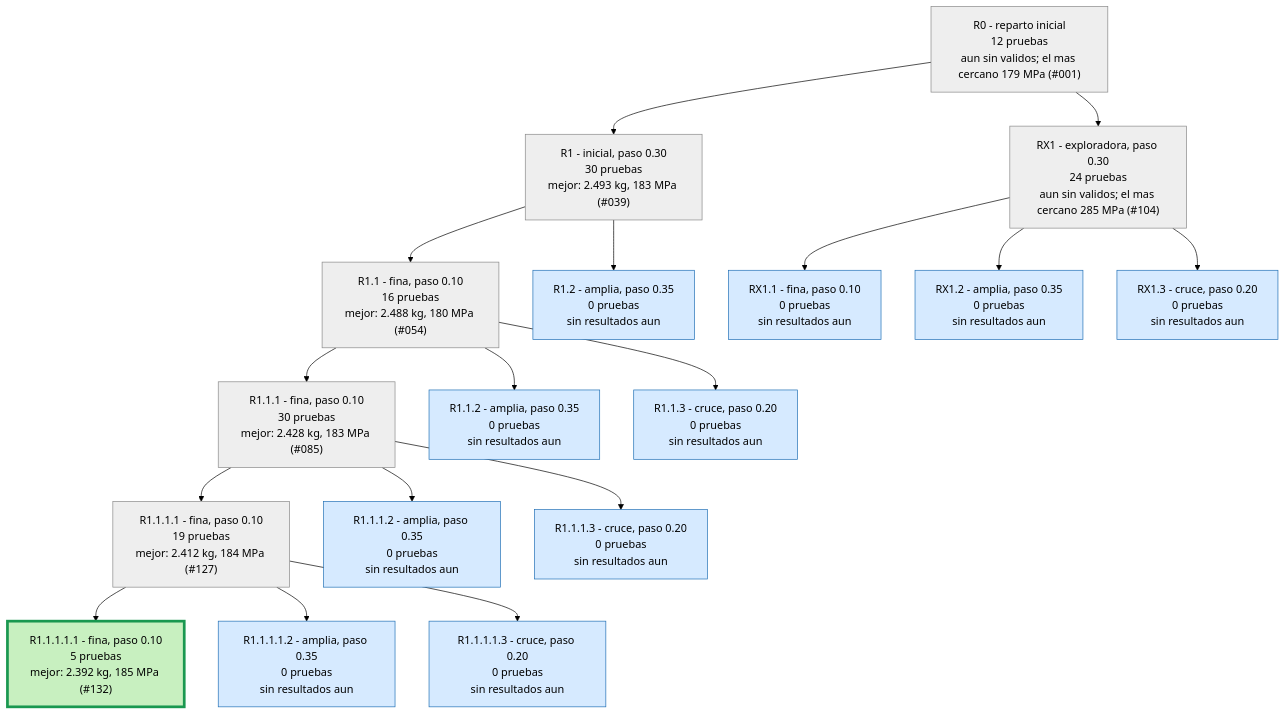
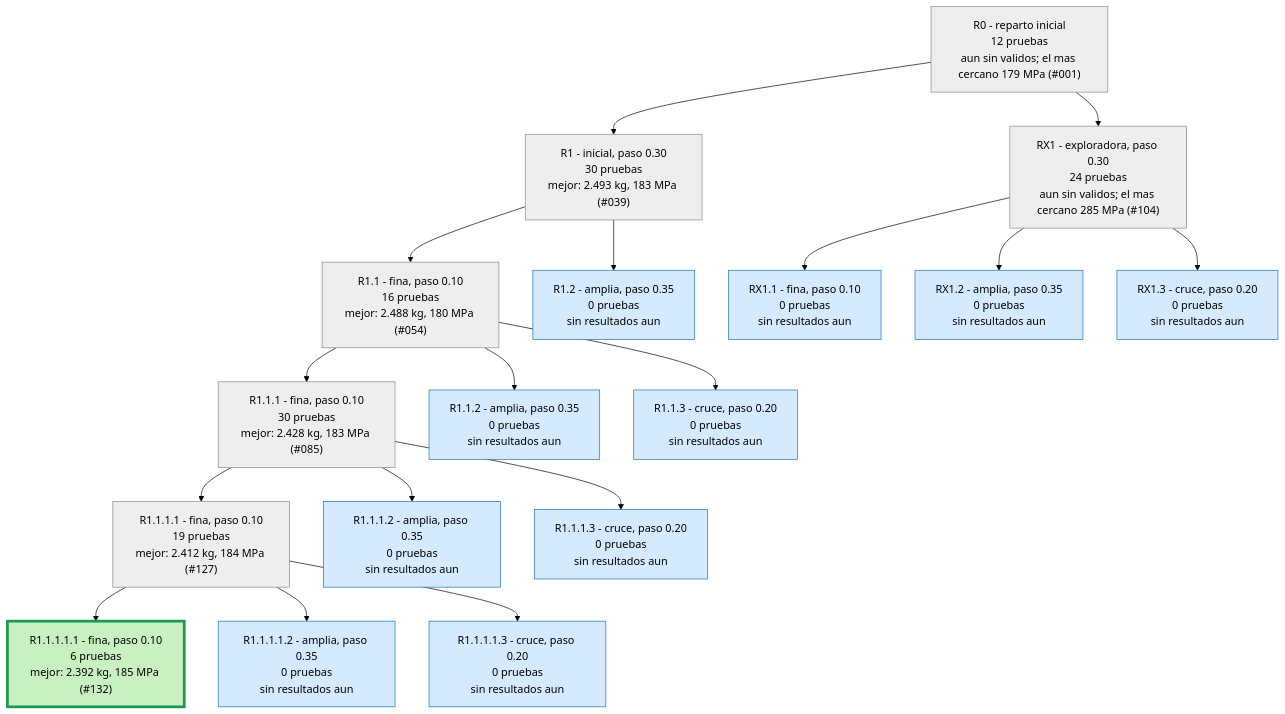
The second of 3 diagrams in runs/opt_37800N/ARBOL.md (Hugiko/msd-soporte-optimizacion), drawn with Mermaid (forest theme) before and after one commit. The commit also changed 14 other files, not shown here.

````diff
--- a/runs/opt_37800N/ARBOL.md
+++ b/runs/opt_37800N/ARBOL.md
@@ -29,39 +29,39 @@
 ```mermaid
 graph TD
 classDef activa fill:#d6eaff,stroke:#1f6fb5,color:#000
 classDef fin fill:#eeeeee,stroke:#888,color:#000
 classDef mejor fill:#c8f0c0,stroke:#1a9850,stroke-width:4px,color:#000
 R0["R0 - reparto inicial<br/>12 pruebas<br/>aun sin validos; el mas cercano 179 MPa (#001)"]:::fin
 R1["R1 - inicial, paso 0.30<br/>30 pruebas<br/>mejor: 2.493 kg, 183 MPa (#039)"]:::fin
 R0 --> R1
 R1_1["R1.1 - fina, paso 0.10<br/>16 pruebas<br/>mejor: 2.488 kg, 180 MPa (#054)"]:::fin
 R1 --> R1_1
 R1_2["R1.2 - amplia, paso 0.35<br/>0 pruebas<br/>sin resultados aun"]:::activa
 R1 --> R1_2
 R1_1_1["R1.1.1 - fina, paso 0.10<br/>30 pruebas<br/>mejor: 2.428 kg, 183 MPa (#085)"]:::fin
 R1_1 --> R1_1_1
 R1_1_2["R1.1.2 - amplia, paso 0.35<br/>0 pruebas<br/>sin resultados aun"]:::activa
 R1_1 --> R1_1_2
 R1_1_3["R1.1.3 - cruce, paso 0.20<br/>0 pruebas<br/>sin resultados aun"]:::activa
 R1_1 --> R1_1_3
 R1_1_1_1["R1.1.1.1 - fina, paso 0.10<br/>19 pruebas<br/>mejor: 2.412 kg, 184 MPa (#127)"]:::fin
 R1_1_1 --> R1_1_1_1
 R1_1_1_2["R1.1.1.2 - amplia, paso 0.35<br/>0 pruebas<br/>sin resultados aun"]:::activa
 R1_1_1 --> R1_1_1_2
 R1_1_1_3["R1.1.1.3 - cruce, paso 0.20<br/>0 pruebas<br/>sin resultados aun"]:::activa
 R1_1_1 --> R1_1_1_3
 RX1["RX1 - exploradora, paso 0.30<br/>24 pruebas<br/>aun sin validos; el mas cercano 285 MPa (#104)"]:::fin
 R0 --> RX1
 RX1_1["RX1.1 - fina, paso 0.10<br/>0 pruebas<br/>sin resultados aun"]:::activa
 RX1 --> RX1_1
 RX1_2["RX1.2 - amplia, paso 0.35<br/>0 pruebas<br/>sin resultados aun"]:::activa
 RX1 --> RX1_2
 RX1_3["RX1.3 - cruce, paso 0.20<br/>0 pruebas<br/>sin resultados aun"]:::activa
 RX1 --> RX1_3
-R1_1_1_1_1["R1.1.1.1.1 - fina, paso 0.10<br/>5 pruebas<br/>mejor: 2.392 kg, 185 MPa (#132)"]:::mejor
+R1_1_1_1_1["R1.1.1.1.1 - fina, paso 0.10<br/>6 pruebas<br/>mejor: 2.392 kg, 185 MPa (#132)"]:::mejor
 R1_1_1_1 --> R1_1_1_1_1
 R1_1_1_1_2["R1.1.1.1.2 - amplia, paso 0.35<br/>0 pruebas<br/>sin resultados aun"]:::activa
 R1_1_1_1 --> R1_1_1_1_2
 R1_1_1_1_3["R1.1.1.1.3 - cruce, paso 0.20<br/>0 pruebas<br/>sin resultados aun"]:::activa
 R1_1_1_1 --> R1_1_1_1_3
 ```
````
